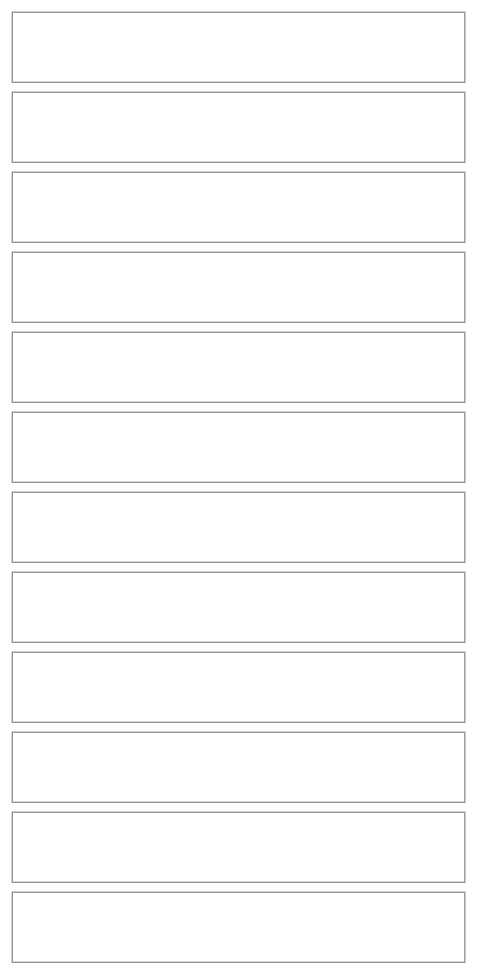
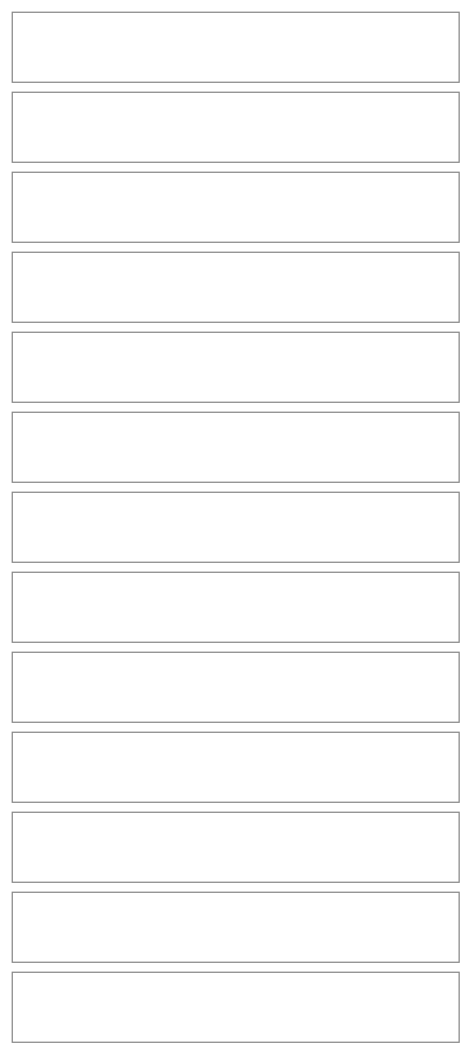
One commit to NovaMoonX/moondreams-dev-apps changed diagram 34 of 53 in src/apps/pinch/UX.md. Above: the diagram before and after it, drawn with Mermaid. The commit also changed other lines of this file and 3 other files, not shown here.

First line of the commit message:
Pinch containers: docs for the Undo guard, the scoped Finished page and the history trim

````diff
--- a/src/apps/pinch/UX.md
+++ b/src/apps/pinch/UX.md
@@ -1133,29 +1133,31 @@
 ```mermaid
 %%{init: {'theme': 'base', 'themeVariables': {'primaryColor': 'transparent', 'primaryBorderColor': '#888888', 'primaryTextColor': '#333333', 'lineColor': '#888888'}}}%%
 block-beta
   columns 2
   C1["Container                                  ✕"]:2
   C2["Grandma's lentil soup"]:2
   C3["❄️ Freezer · 6 servings left"]:2
   C4["Eat by Nov 28"]:2
   C5["Ate 1 · Leaves 5 servings"]:2
   C6["Ate some… · Choose how many"]:2
   C7["Ate it all · Moves it to Finished"]:2
-  C8["🧊 Thaw in the fridge · Moves the eat-by date up"]:2
+  C8["🧊 Thaw in the fridge · Sets a new eat-by date"]:2
   C9["Change eat-by date · Now Nov 28"]:2
-  C10["Threw it out · Keeps it in Finished"]:2
-  C11["HISTORY<br/>Put in the freezer · 6 servings · Sep 14, 9:00 AM"]:2
-  C12["🗑️            Done"]:2
+  C10["Correct the count · Fix how many are left"]:2
+  C11["Threw it out · Keeps it in Finished"]:2
+  C12["HISTORY<br/>Put in the freezer · 6 servings · Sep 14, 9:00 AM"]:2
+  C13["🗑️            Done"]:2
   style C1 fill:transparent,stroke:#888888,stroke-width:1px;
   style C2 fill:transparent,stroke:#888888,stroke-width:1px;
   style C3 fill:transparent,stroke:#888888,stroke-width:1px;
   style C4 fill:transparent,stroke:#888888,stroke-width:1px;
   style C5 fill:transparent,stroke:#888888,stroke-width:1px;
   style C6 fill:transparent,stroke:#888888,stroke-width:1px;
   style C7 fill:transparent,stroke:#888888,stroke-width:1px;
   style C8 fill:transparent,stroke:#888888,stroke-width:1px;
   style C9 fill:transparent,stroke:#888888,stroke-width:1px;
   style C10 fill:transparent,stroke:#888888,stroke-width:1px;
   style C11 fill:transparent,stroke:#888888,stroke-width:1px;
   style C12 fill:transparent,stroke:#888888,stroke-width:1px;
+  style C13 fill:transparent,stroke:#888888,stroke-width:1px;
 ```
````
